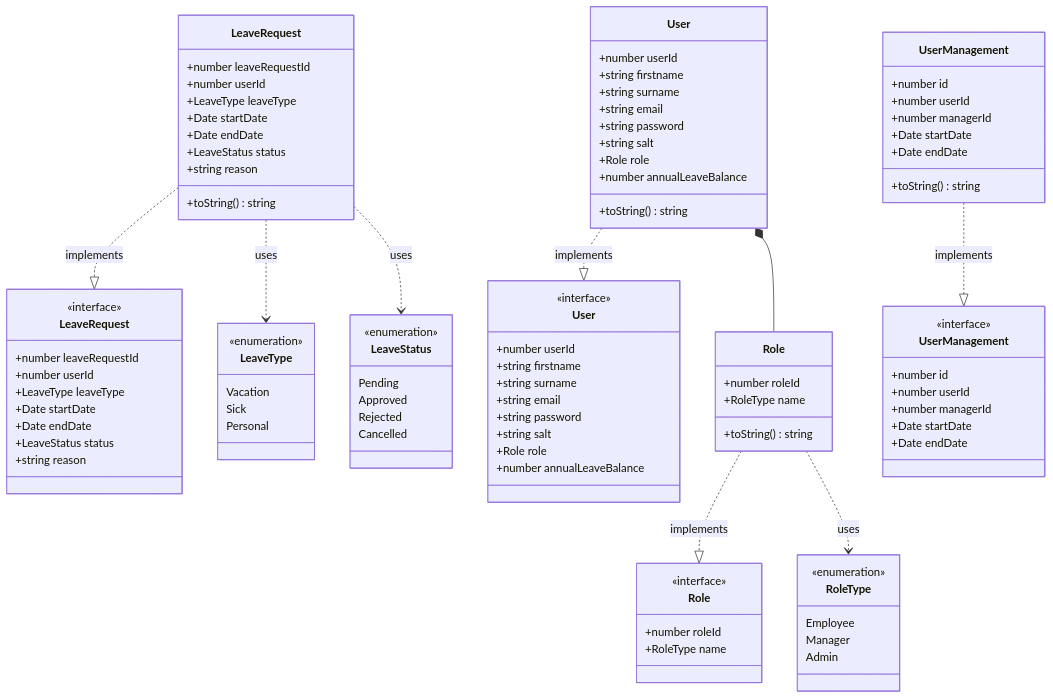
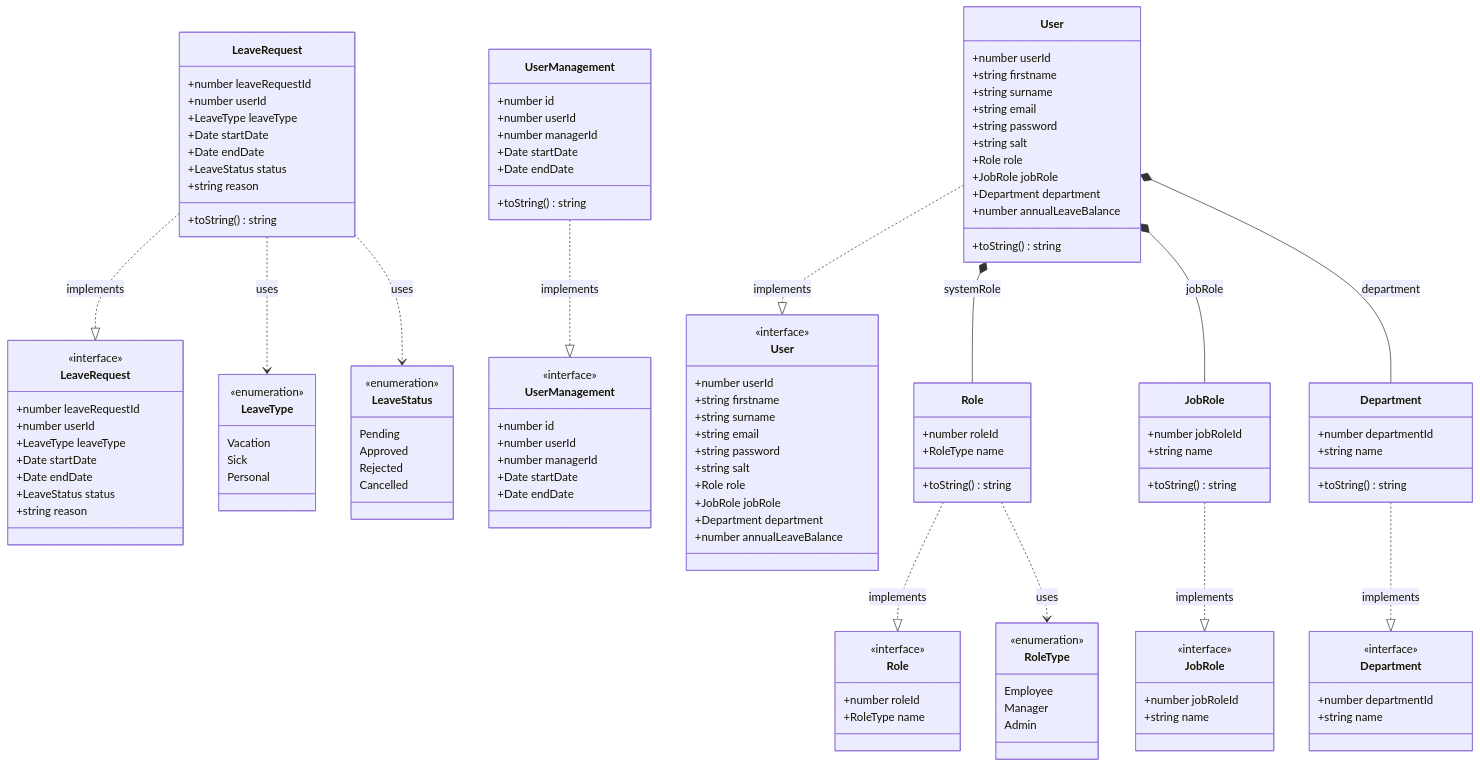
The diagram in class-diagram.mmd (kxvassiliou0/leave-booking-system), drawn with Mermaid before and after one commit. The commit also changed 32 other files, not shown here.

```diff
--- a/class-diagram.mmd
+++ b/class-diagram.mmd
@@ -1,108 +1,140 @@
 classDiagram
     class RoleType {
         <<enumeration>>
         Employee
         Manager
         Admin
     }
 
     class LeaveType {
         <<enumeration>>
         Vacation
         Sick
         Personal
     }
 
     class LeaveStatus {
         <<enumeration>>
         Pending
         Approved
         Rejected
         Cancelled
     }
 
+    class DepartmentInterface["Department"] {
+        <<interface>>
+        +number departmentId
+        +string name
+    }
+
+    class JobRoleInterface["JobRole"] {
+        <<interface>>
+        +number jobRoleId
+        +string name
+    }
+
     class RoleInterface["Role"] {
         <<interface>>
         +number roleId
         +RoleType name
     }
 
     class UserInterface["User"] {
         <<interface>>
         +number userId
         +string firstname
         +string surname
         +string email
         +string password
         +string salt
         +Role role
+        +JobRole jobRole
+        +Department department
         +number annualLeaveBalance
     }
 
     class LeaveRequestInterface["LeaveRequest"] {
         <<interface>>
         +number leaveRequestId
         +number userId
         +LeaveType leaveType
         +Date startDate
         +Date endDate
         +LeaveStatus status
         +string reason
     }
 
     class UserManagementInterface["UserManagement"] {
         <<interface>>
         +number id
         +number userId
         +number managerId
         +Date startDate
         +Date endDate
     }
 
+    class Department {
+        +number departmentId
+        +string name
+        +toString() string
+    }
+
+    class JobRole {
+        +number jobRoleId
+        +string name
+        +toString() string
+    }
+
     class Role {
         +number roleId
         +RoleType name
         +toString() string
     }
 
     class User {
         +number userId
         +string firstname
         +string surname
         +string email
         +string password
         +string salt
         +Role role
+        +JobRole jobRole
+        +Department department
         +number annualLeaveBalance
         +toString() string
     }
 
     class LeaveRequest {
         +number leaveRequestId
         +number userId
         +LeaveType leaveType
         +Date startDate
         +Date endDate
         +LeaveStatus status
         +string reason
         +toString() string
     }
 
     class UserManagement {
         +number id
         +number userId
         +number managerId
         +Date startDate
         +Date endDate
         +toString() string
     }
 
+    Department ..|> DepartmentInterface : implements
+    JobRole ..|> JobRoleInterface : implements
     Role ..|> RoleInterface : implements
     User ..|> UserInterface : implements
     LeaveRequest ..|> LeaveRequestInterface : implements
     UserManagement ..|> UserManagementInterface : implements
 
-    User *-- Role
+    User *-- Role : systemRole
+    User *-- JobRole : jobRole
+    User *-- Department : department
     Role ..> RoleType : uses
     LeaveRequest ..> LeaveType : uses
     LeaveRequest ..> LeaveStatus : uses
```
